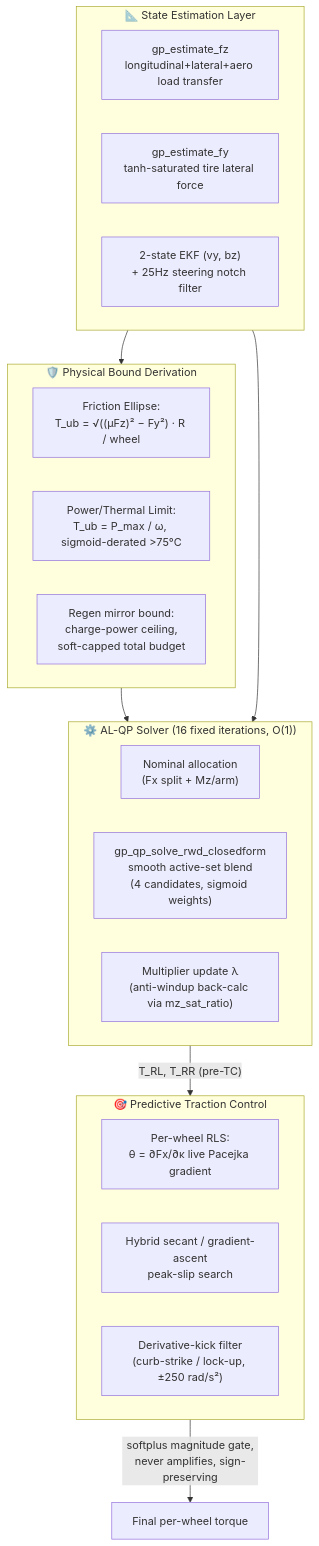
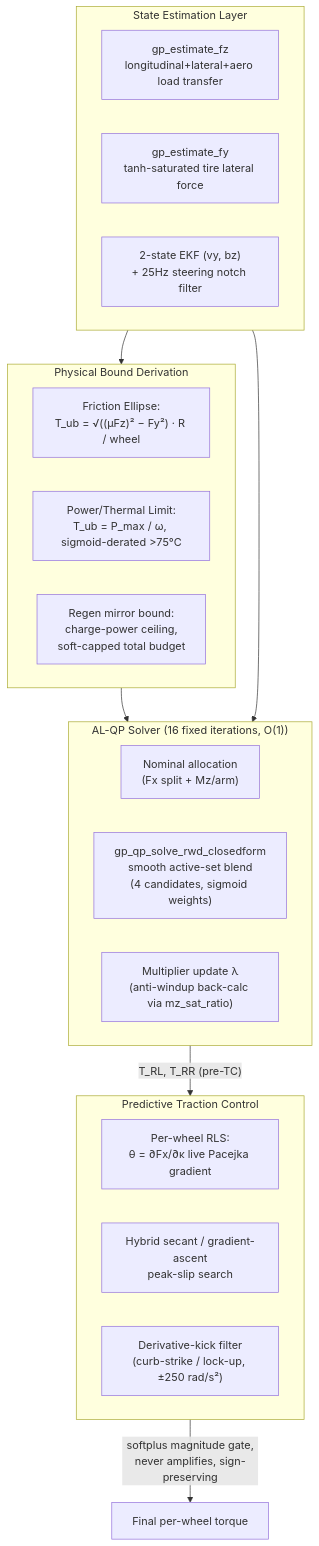
The eighth of 14 diagrams in README.md (calico21/TORQUE-VECTORING-AL-QP), drawn with Mermaid before and after one commit. The commit also changed other lines of this file, not shown here.

````diff
--- a/README.md
+++ b/README.md
@@ -310,31 +310,31 @@
 ```mermaid
 flowchart TD
-    subgraph EST["📐 State Estimation Layer"]
+    subgraph EST["State Estimation Layer"]
         FZ["gp_estimate_fz\nlongitudinal+lateral+aero load transfer"]
         FY["gp_estimate_fy\ntanh-saturated tire lateral force"]
         EKF3["2-state EKF (vy, bz)\n+ 25Hz steering notch filter"]
     end
 
-    subgraph BOUNDS["🛡️ Physical Bound Derivation"]
+    subgraph BOUNDS["Physical Bound Derivation"]
         FRIC["Friction Ellipse:\nT_ub = √((μFz)² − Fy²) · R / wheel"]
         POW["Power/Thermal Limit:\nT_ub = P_max / ω, sigmoid-derated >75°C"]
         REGEN["Regen mirror bound:\ncharge-power ceiling,\nsoft-capped total budget"]
     end
 
-    subgraph QP["⚙️ AL-QP Solver (16 fixed iterations, O(1))"]
+    subgraph QP["AL-QP Solver (16 fixed iterations, O(1))"]
         NOM["Nominal allocation\n(Fx split + Mz/arm)"]
         SOLVE["gp_qp_solve_rwd_closedform\nsmooth active-set blend\n(4 candidates, sigmoid weights)"]
         LAM["Multiplier update λ\n(anti-windup back-calc via mz_sat_ratio)"]
     end
 
-    subgraph TC3["🎯 Predictive Traction Control"]
+    subgraph TC3["Predictive Traction Control"]
         RLS["Per-wheel RLS:\nθ = ∂Fx/∂κ live Pacejka gradient"]
         SEC["Hybrid secant / gradient-ascent\npeak-slip search"]
         KICK["Derivative-kick filter\n(curb-strike / lock-up, ±250 rad/s²)"]
     end
 
     EST --> BOUNDS --> QP
     EST --> QP
     QP -->|"T_RL, T_RR (pre-TC)"| TC3
     TC3 -->|"softplus magnitude gate,\nnever amplifies, sign-preserving"| OUT["Final per-wheel torque"]
 ```
````
